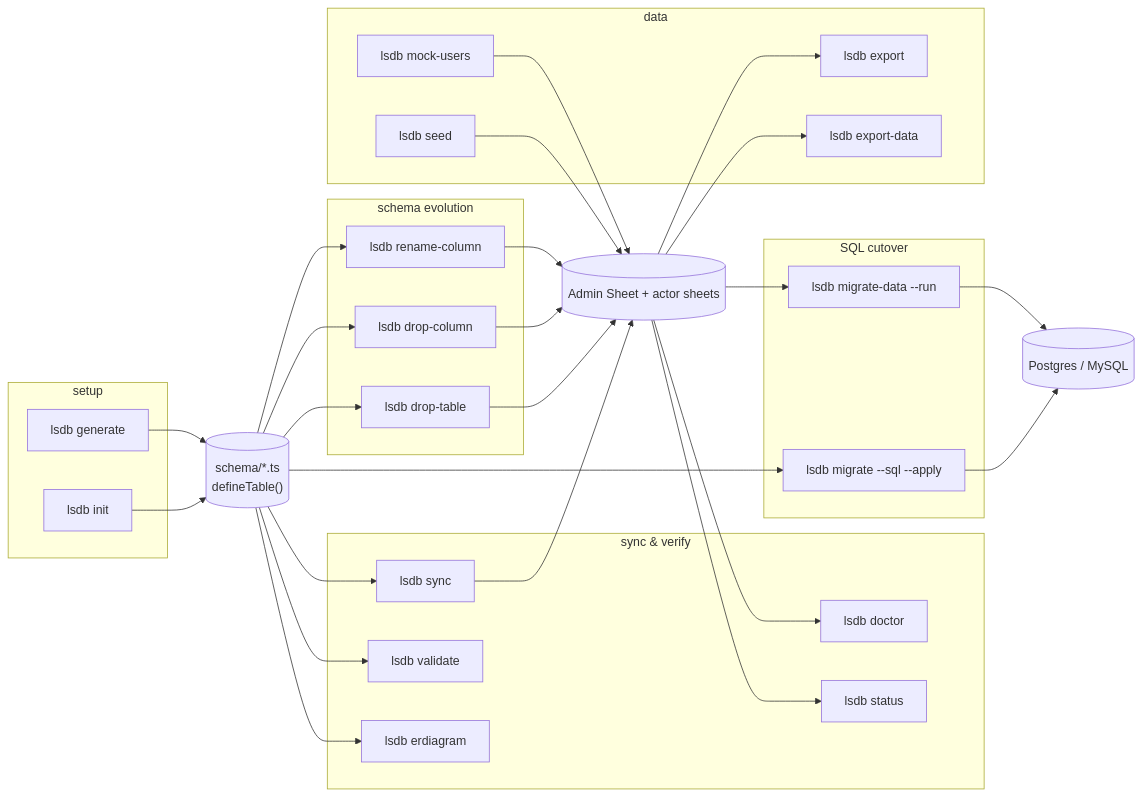
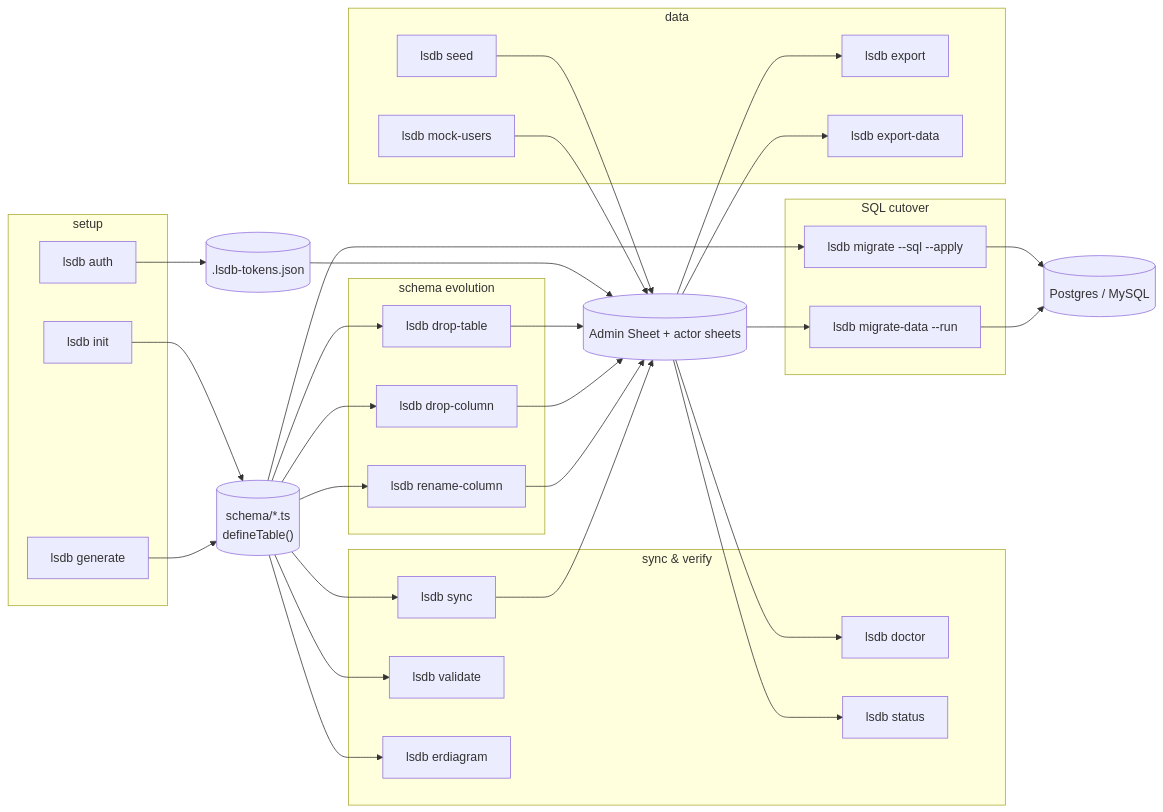
The fifth of 5 diagrams in Docs/system-architecure.md (vannseavlong/longcelot-sheet-staging), drawn with Mermaid before and after one commit. The commit also changed other lines of this file and 20 other files, not shown here.

````diff
--- a/Docs/system-architecure.md
+++ b/Docs/system-architecure.md
@@ -165,54 +165,57 @@
 ```mermaid
 flowchart LR
     subgraph SETUP["setup"]
         INIT["lsdb init"]
+        AUTH["lsdb auth"]
         GEN["lsdb generate"]
     end
 
     subgraph SYNC_GRP["sync & verify"]
         SYNC["lsdb sync"]
         VAL["lsdb validate"]
         DOC["lsdb doctor"]
         STAT["lsdb status"]
         ERD["lsdb erdiagram"]
     end
 
     subgraph EVOLVE["schema evolution"]
         DTB["lsdb drop-table"]
         DCL["lsdb drop-column"]
         RCL["lsdb rename-column"]
     end
 
     subgraph CUTOVER["SQL cutover"]
         MIG["lsdb migrate --sql --apply"]
         MIGD["lsdb migrate-data --run"]
     end
 
     subgraph DATA["data"]
         SEED["lsdb seed"]
         MOCK["lsdb mock-users"]
         EXP["lsdb export"]
         EXPD["lsdb export-data"]
     end
 
     Files[("schema/*.ts<br/>defineTable()")]
+    Tokens[(".lsdb-tokens.json")]
     Admin[("Admin Sheet + actor sheets")]
     SQLDB[("Postgres / MySQL")]
 
     INIT --> Files
+    AUTH --> Tokens --> Admin
     GEN --> Files
     Files --> SYNC --> Admin
     Files --> VAL
     Admin --> DOC
     Admin --> STAT
     Files --> ERD
     Files --> DTB --> Admin
     Files --> DCL --> Admin
     Files --> RCL --> Admin
     Files --> MIG --> SQLDB
     Admin --> MIGD --> SQLDB
     SEED --> Admin
     MOCK --> Admin
     Admin --> EXP
     Admin --> EXPD
 ```
````
